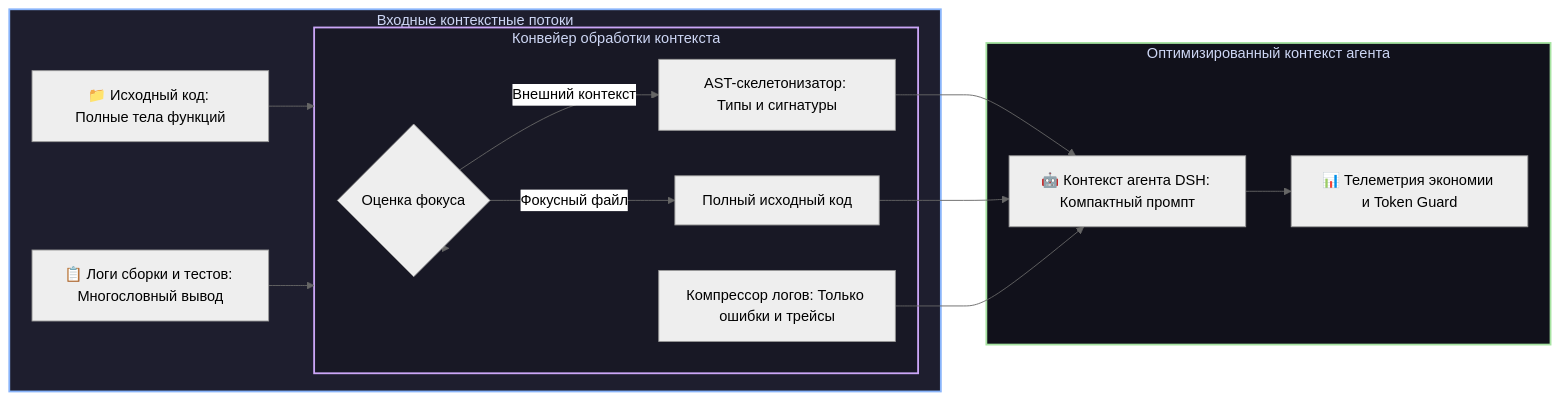
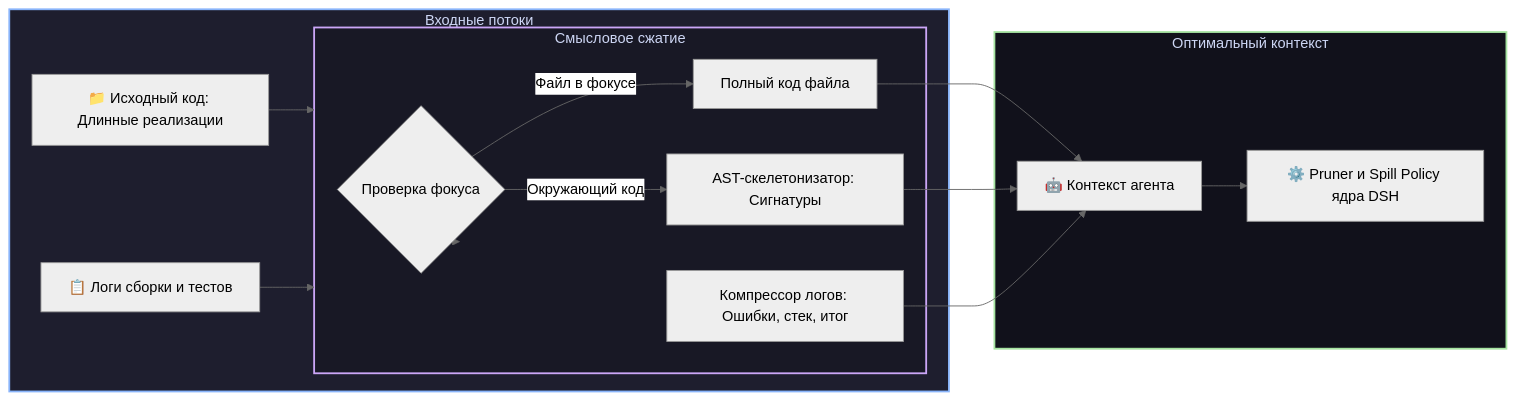
Before and after one commit to GooDAnDReaDY/dsh-context-lens: the diagram in README.ru.md, drawn with Mermaid (neutral theme). The commit also changed other lines of this file and 13 other files, not shown here.

````diff
--- a/README.ru.md
+++ b/README.ru.md
@@ -49,25 +48,25 @@
 ```mermaid
 graph LR
-    subgraph RawContext [Входные контекстные потоки]
-        Code[📁 Исходный код: Полные тела функций] --> LensEngine[Движок dsh-context-lens]
-        Logs[📋 Логи сборки и тестов: Многословный вывод] --> LensEngine
+    subgraph RawContext [Входные потоки]
+        Code[📁 Исходный код: Длинные реализации] --> Lens[Движок dsh-context-lens]
+        Logs[📋 Логи сборки и тестов] --> Lens
     end
 
-    subgraph LensEngine [Конвейер обработки контекста]
-        LensEngine --> Focus{Оценка фокуса}
-        Focus -->|Фокусный файл| RawKeep[Полный исходный код]
-        Focus -->|Внешний контекст| AST[AST-скелетонизатор: Типы и сигнатуры]
-        LensEngine --> LogFilter[Компрессор логов: Только ошибки и трейсы]
+    subgraph Lens [Смысловое сжатие]
+        Lens --> Focus{Проверка фокуса}
+        Focus -->|Файл в фокусе| FullCode[Полный код файла]
+        Focus -->|Окружающий код| AST[AST-скелетонизатор: Сигнатуры]
+        Lens --> LogCompress[Компрессор логов: Ошибки, стек, итог]
     end
 
-    subgraph Output [Оптимизированный контекст агента]
-        AST --> Agent[🤖 Контекст агента DSH: Компактный промпт]
-        RawKeep --> Agent
-        LogFilter --> Agent
-        Agent --> Tracker[📊 Телеметрия экономии и Token Guard]
+    subgraph Output [Оптимальный контекст]
+        FullCode --> Agent[🤖 Контекст агента]
+        AST --> Agent
+        LogCompress --> Agent
+        Agent --> Core[⚙️ Pruner и Spill Policy ядра DSH]
     end
 
     style RawContext fill:#1e1e2e,stroke:#89b4fa,stroke-width:2px,color:#cdd6f4
-    style LensEngine fill:#181825,stroke:#cba6f7,stroke-width:2px,color:#cdd6f4
+    style Lens fill:#181825,stroke:#cba6f7,stroke-width:2px,color:#cdd6f4
     style Output fill:#11111b,stroke:#a6e3a1,stroke-width:2px,color:#cdd6f4
 ```
````
